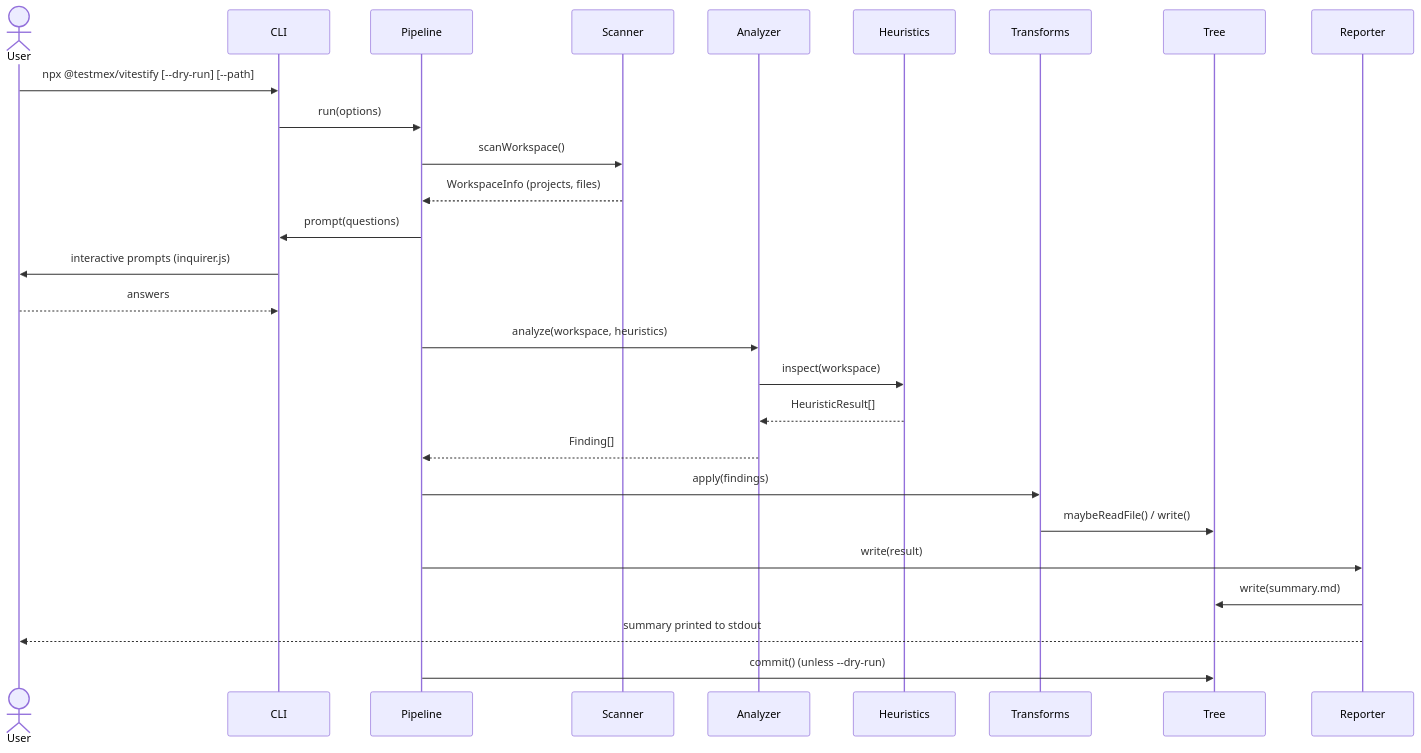
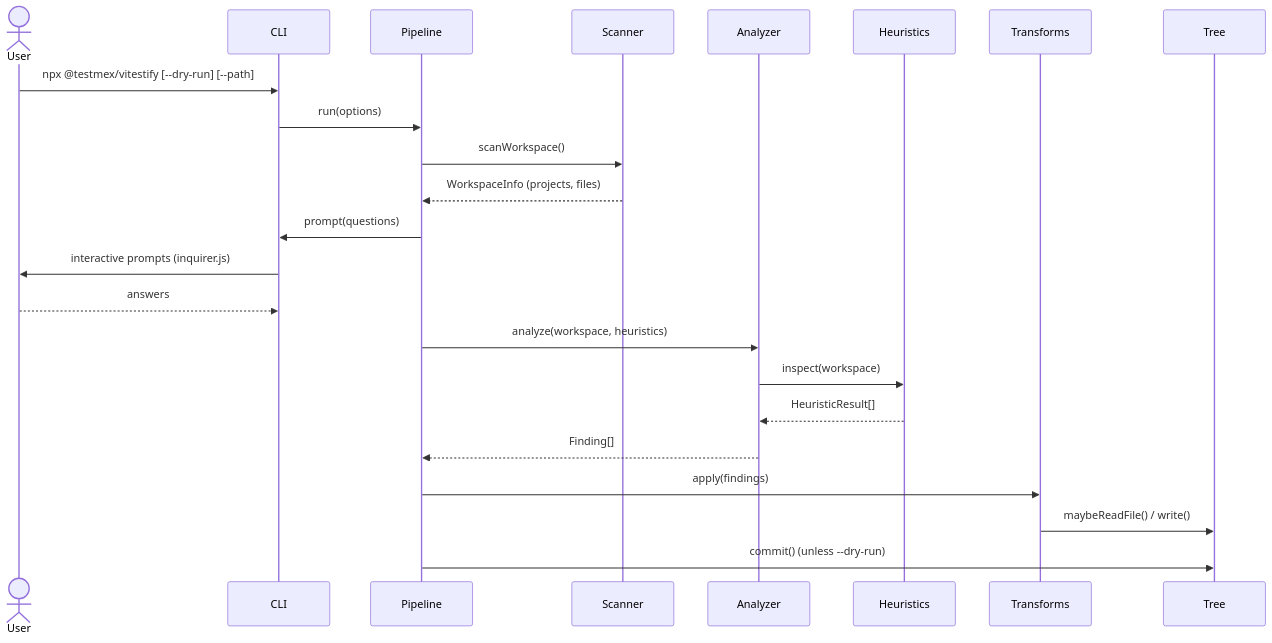
Before and after one commit to testmex/testmex: the second of 3 diagrams in design-docs/001-vitestify.md, drawn with Mermaid. The commit also changed other lines of this file, not shown here.

````diff
--- a/design-docs/001-vitestify.md
+++ b/design-docs/001-vitestify.md
@@ -74,30 +70,26 @@
 ```mermaid
 sequenceDiagram
     actor User
     participant CLI
     participant Pipeline
     participant Scanner
     participant Analyzer
     participant Heuristics
     participant Transforms
     participant Tree
-    participant Reporter
 
     User->>CLI: npx @testmex/vitestify [--dry-run] [--path]
     CLI->>Pipeline: run(options)
     Pipeline->>Scanner: scanWorkspace()
     Scanner-->>Pipeline: WorkspaceInfo (projects, files)
     Pipeline->>CLI: prompt(questions)
     CLI->>User: interactive prompts (inquirer.js)
     User-->>CLI: answers
     Pipeline->>Analyzer: analyze(workspace, heuristics)
     Analyzer->>Heuristics: inspect(workspace)
     Heuristics-->>Analyzer: HeuristicResult[]
     Analyzer-->>Pipeline: Finding[]
     Pipeline->>Transforms: apply(findings)
     Transforms->>Tree: maybeReadFile() / write()
-    Pipeline->>Reporter: write(result)
-    Reporter->>Tree: write(summary.md)
-    Reporter-->>User: summary printed to stdout
     Pipeline->>Tree: commit() (unless --dry-run)
 ```
````
